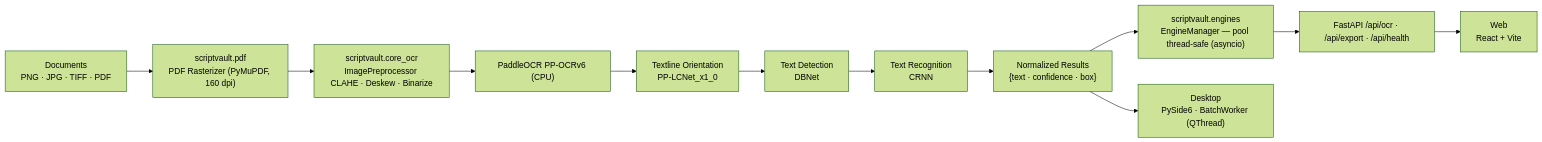
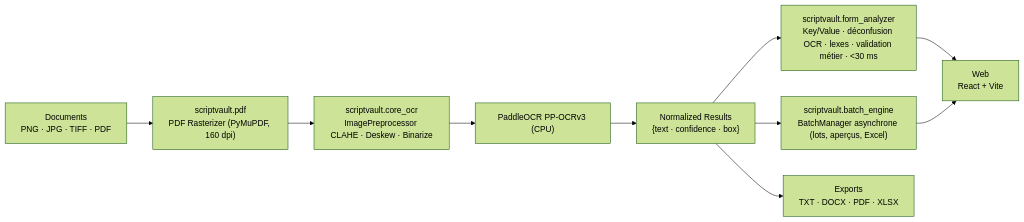
One commit to Omar-khecharem/ScriptVaultOcr changed the diagram in README.md. Above: the diagram before and after it, drawn with Mermaid (forest theme). The commit also changed other lines of this file and 29 other files, not shown here.

First line of the commit message:
feat: form analysis engine, batch processing, web UI and slimmed monorepo

````diff
--- a/README.md
+++ b/README.md
@@ -59,14 +73,12 @@
 ```mermaid
 flowchart LR
     A["Documents<br/>PNG · JPG · TIFF · PDF"] --> B["scriptvault.pdf<br/>PDF Rasterizer (PyMuPDF, 160 dpi)"]
     B --> C["scriptvault.core_ocr<br/>ImagePreprocessor CLAHE · Deskew · Binarize"]
-    C --> D["PaddleOCR PP-OCRv6 (CPU)"]
-    D --> E["Textline Orientation<br/>PP-LCNet_x1_0"]
-    E --> F["Text Detection<br/>DBNet"]
-    F --> G["Text Recognition<br/>CRNN"]
-    G --> H["Normalized Results<br/>{text · confidence · box}"]
-    H --> I["scriptvault.engines<br/>EngineManager — pool thread-safe (asyncio)"]
-    I --> J["FastAPI /api/ocr · /api/export · /api/health"]
-    J --> K["Web<br/>React + Vite"]
-    H --> L["Desktop<br/>PySide6 · BatchWorker (QThread)"]
+    C --> D["PaddleOCR PP-OCRv3 (CPU)"]
+    D --> E["Normalized Results<br/>{text · confidence · box}"]
+    E --> F["scriptvault.form_analyzer<br/>Key/Value · déconfusion OCR · lexes · validation métier · <30 ms"]
+    F --> G["Web<br/>React + Vite"]
+    E --> H["scriptvault.batch_engine<br/>BatchManager asynchrone (lots, aperçus, Excel)"]
+    H --> G
+    E --> I["Exports<br/>TXT · DOCX · PDF · XLSX"]
 ```
````
